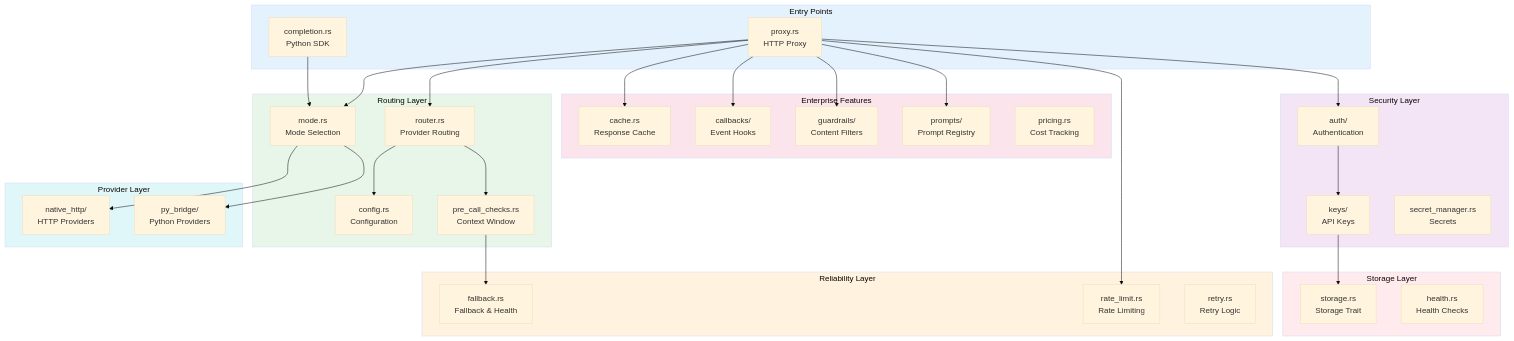
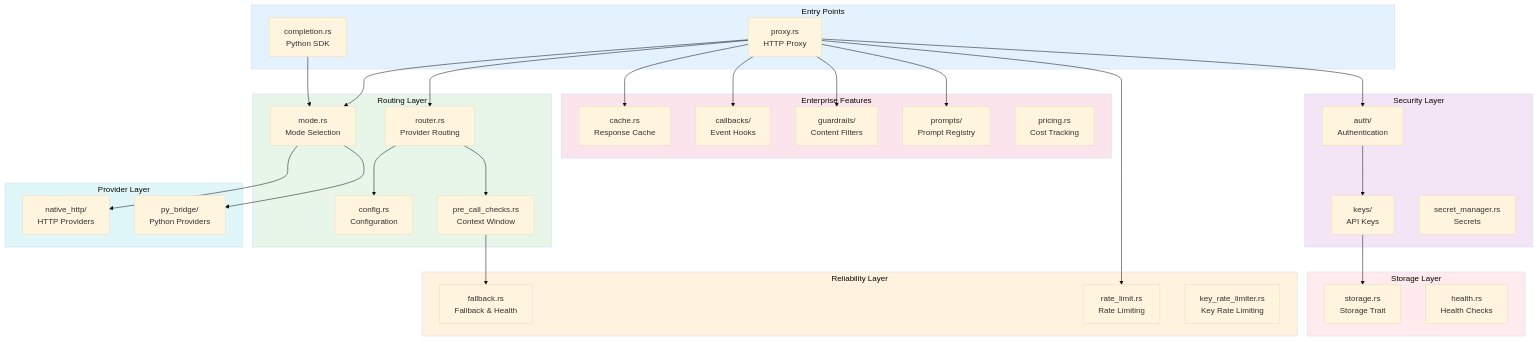
Before and after one commit to CipherOcto/cipherocto: the tenth of 20 diagrams in docs/architecture/quota-router-architecture.md, drawn with Mermaid (base theme).

Commit message:
docs: fix retry.rs reference in architecture document
retry.rs doesn't exist — replaced with key_rate_limiter.rs which is
the actual module for rate limiting in the reliability layer.

````diff
--- a/docs/architecture/quota-router-architecture.md
+++ b/docs/architecture/quota-router-architecture.md
@@ -505,69 +505,69 @@
 ```mermaid
 graph TD
     subgraph Entry["Entry Points"]
         E1[proxy.rs<br/>HTTP Proxy]
         E2[completion.rs<br/>Python SDK]
     end
 
     subgraph Routing["Routing Layer"]
         R1[mode.rs<br/>Mode Selection]
         R2[router.rs<br/>Provider Routing]
         R3[config.rs<br/>Configuration]
         R4[pre_call_checks.rs<br/>Context Window]
     end
 
     subgraph Reliability["Reliability Layer"]
         RL1[fallback.rs<br/>Fallback & Health]
         RL2[rate_limit.rs<br/>Rate Limiting]
-        RL3[retry.rs<br/>Retry Logic]
+        RL3[key_rate_limiter.rs<br/>Key Rate Limiting]
     end
 
     subgraph Enterprise["Enterprise Features"]
         EN1[cache.rs<br/>Response Cache]
         EN2[callbacks/<br/>Event Hooks]
         EN3[guardrails/<br/>Content Filters]
         EN4[prompts/<br/>Prompt Registry]
         EN5[pricing.rs<br/>Cost Tracking]
     end
 
     subgraph Security["Security Layer"]
         S1[auth/<br/>Authentication]
         S2[keys/<br/>API Keys]
         S3[secret_manager.rs<br/>Secrets]
     end
 
     subgraph Storage["Storage Layer"]
         ST1[storage.rs<br/>Storage Trait]
         ST2[health.rs<br/>Health Checks]
     end
 
     subgraph Providers["Provider Layer"]
         P1[native_http/<br/>HTTP Providers]
         P2[py_bridge/<br/>Python Providers]
     end
 
     E1 --> R1
     E2 --> R1
     R1 --> P1
     R1 --> P2
     E1 --> R2
     R2 --> R3
     R2 --> R4
     R4 --> RL1
     E1 --> RL2
     E1 --> EN1
     E1 --> EN2
     E1 --> EN3
     E1 --> EN4
     E1 --> S1
     S1 --> S2
     S2 --> ST1
 
     style Entry fill:#e3f2fd
     style Routing fill:#e8f5e9
     style Reliability fill:#fff3e0
     style Enterprise fill:#fce4ec
     style Security fill:#f3e5f5
     style Storage fill:#ffebee
     style Providers fill:#e0f7fa
 ```
````
